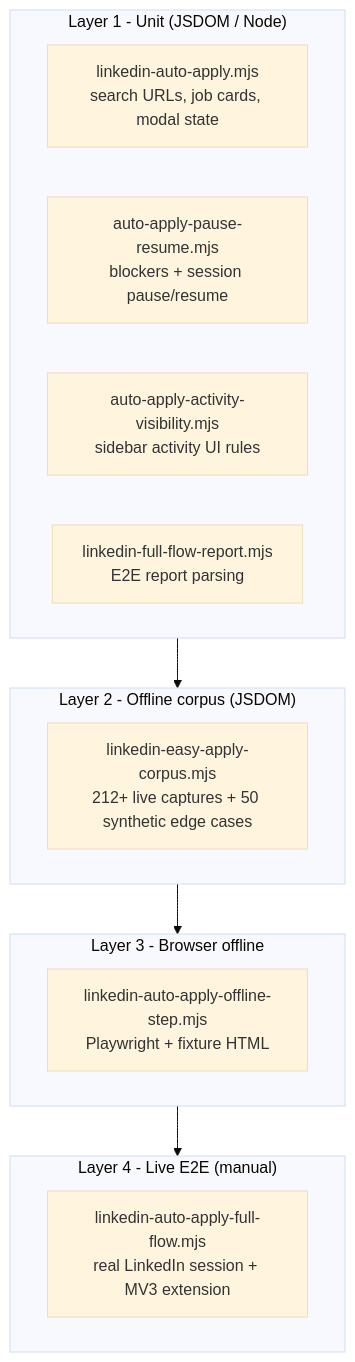
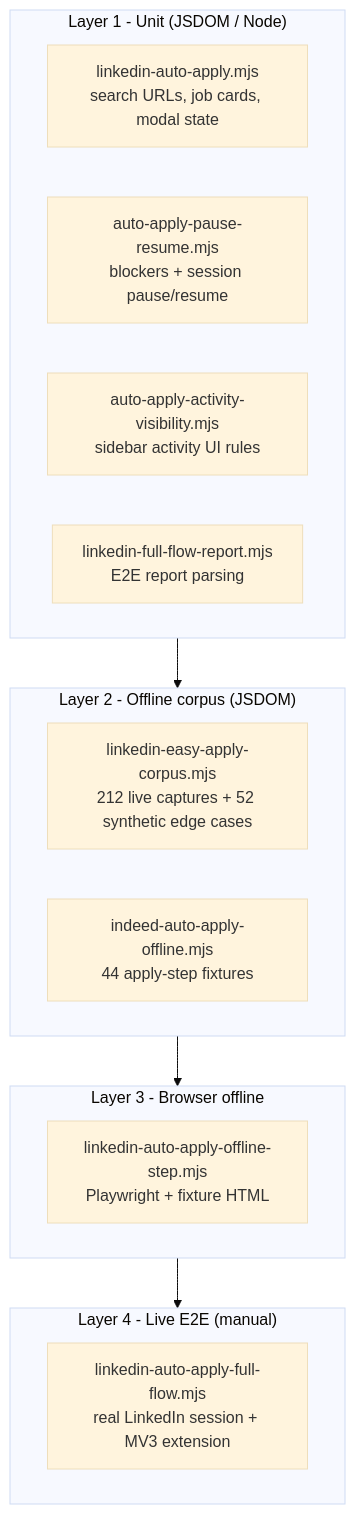
Before and after one commit to tmwclaxton/autoapplycv: the fourth of 4 diagrams in README.md, drawn with Mermaid (base theme). The commit also changed other lines of this file and 8 other files, not shown here.

First line of the commit message:
Document Indeed Auto Apply and refresh test coverage stats.

````diff
--- a/README.md
+++ b/README.md
@@ -573,23 +578,24 @@
 ```mermaid
 flowchart TB
     subgraph L1["Layer 1 - Unit (JSDOM / Node)"]
         U1["linkedin-auto-apply.mjs<br/>search URLs, job cards, modal state"]
         U2["auto-apply-pause-resume.mjs<br/>blockers + session pause/resume"]
         U3["auto-apply-activity-visibility.mjs<br/>sidebar activity UI rules"]
         U4["linkedin-full-flow-report.mjs<br/>E2E report parsing"]
     end
 
     subgraph L2["Layer 2 - Offline corpus (JSDOM)"]
-        C["linkedin-easy-apply-corpus.mjs<br/>212+ live captures + 50 synthetic edge cases"]
+        C["linkedin-easy-apply-corpus.mjs<br/>212 live captures + 52 synthetic edge cases"]
+        I["indeed-auto-apply-offline.mjs<br/>44 apply-step fixtures"]
     end
 
     subgraph L3["Layer 3 - Browser offline"]
         O["linkedin-auto-apply-offline-step.mjs<br/>Playwright + fixture HTML"]
     end
 
     subgraph L4["Layer 4 - Live E2E (manual)"]
         E["linkedin-auto-apply-full-flow.mjs<br/>real LinkedIn session + MV3 extension"]
     end
 
     L1 --> L2 --> L3 --> L4
 ```
````
